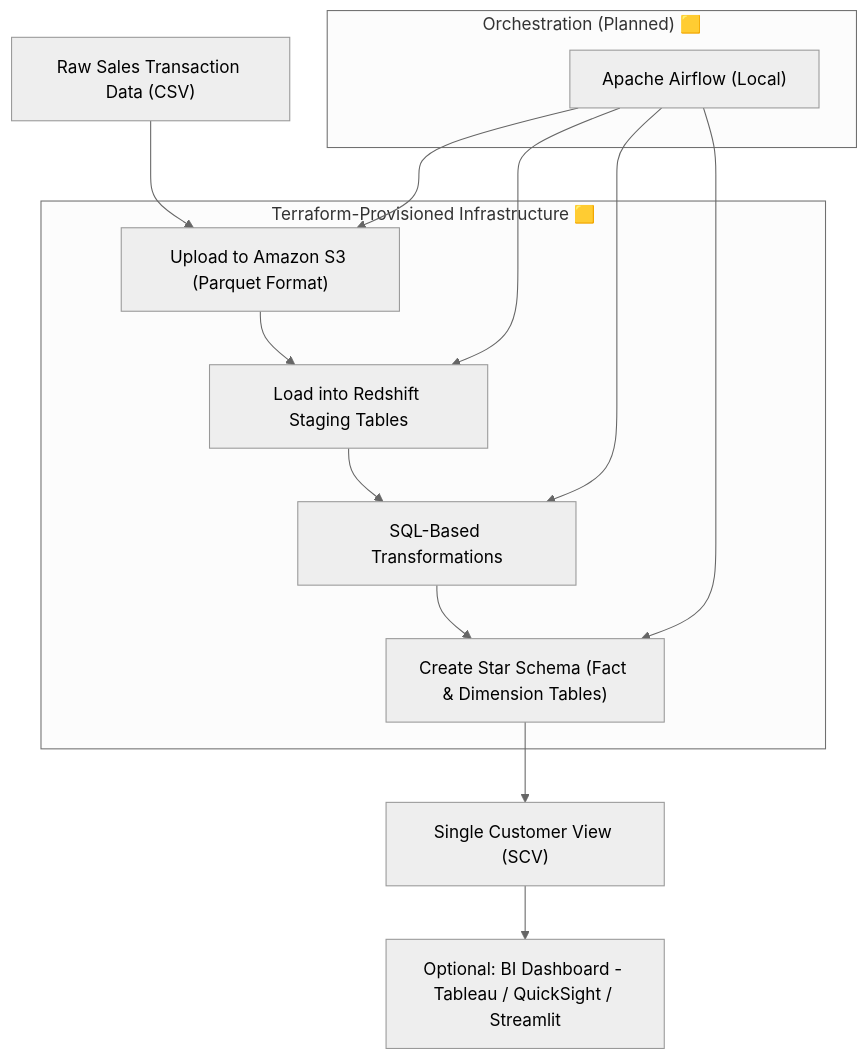
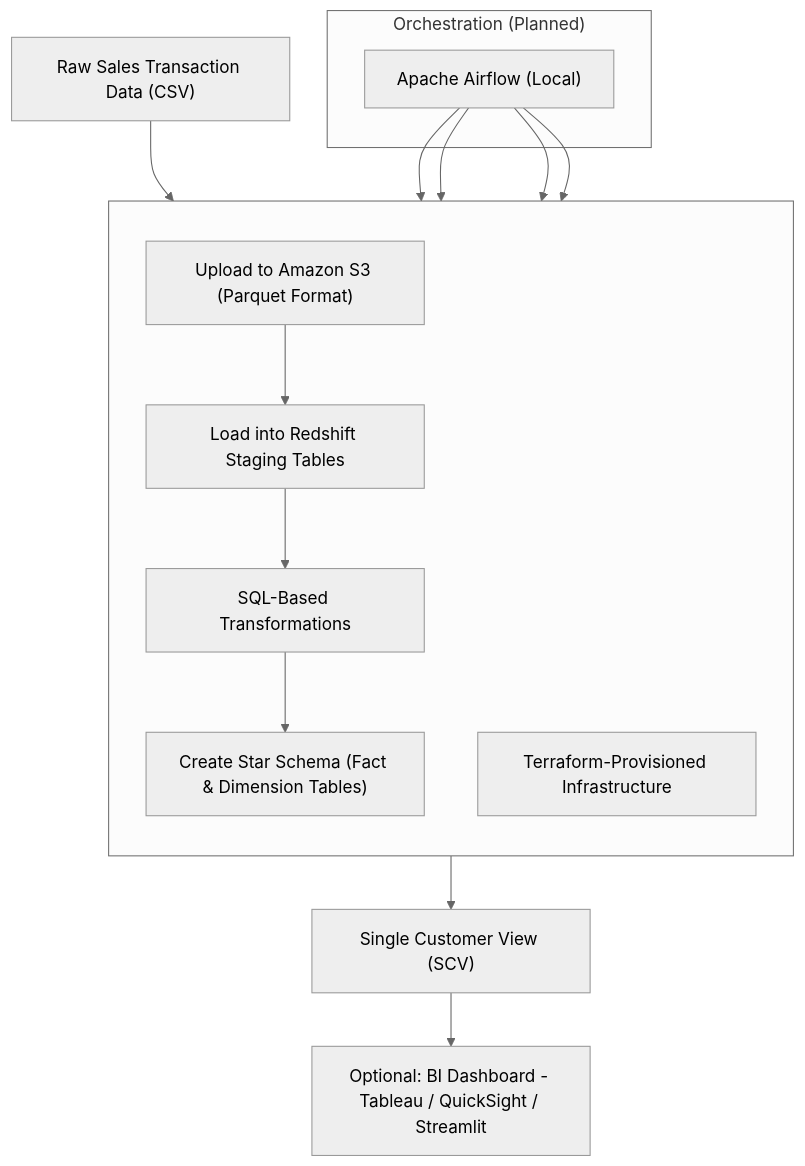
The diagram in README.md (tungstennn/EcomDataPipeline-DataOps), drawn with Mermaid (neutral theme) before and after one commit.

````diff
--- a/README.md
+++ b/README.md
@@ -19,27 +19,27 @@
 ```mermaid
 graph TD
     A["Raw Sales Transaction Data (CSV)"] --> B["Upload to Amazon S3 (Parquet Format)"]
     B --> C["Load into Redshift Staging Tables"]
     C --> D["SQL-Based Transformations"]
     D --> E["Create Star Schema (Fact & Dimension Tables)"]
     E --> F["Single Customer View (SCV)"]
     F --> G["Optional: BI Dashboard - Tableau / QuickSight / Streamlit"]
 
-    subgraph "Terraform-Provisioned Infrastructure 🟨"
+    subgraph TF[ ]
+        direction TB
+        X["Terraform-Provisioned Infrastructure"]
         B
         C
         D
         E
     end
 
-    subgraph "Orchestration (Planned) 🟨"
+    subgraph OR["Orchestration (Planned)"]
         H["Apache Airflow (Local)"]
     end
 
     H --> B
     H --> C
     H --> D
     H --> E
-
-
 ```
````
